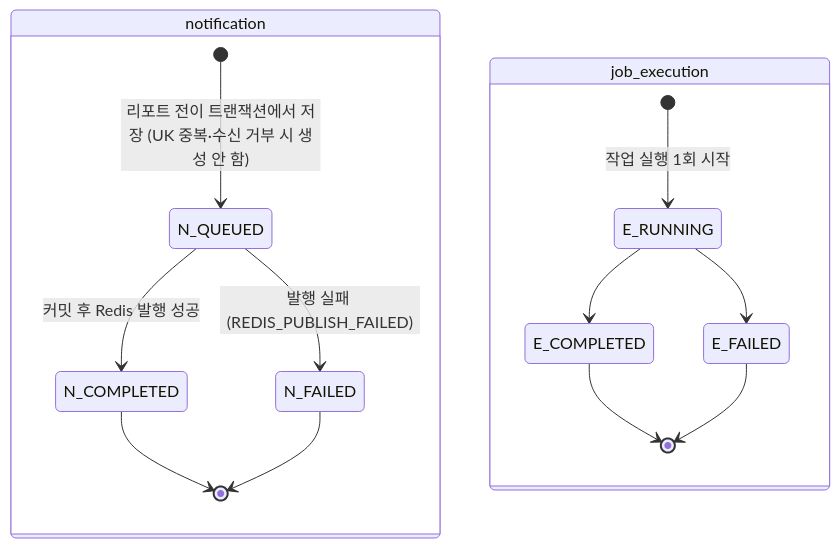
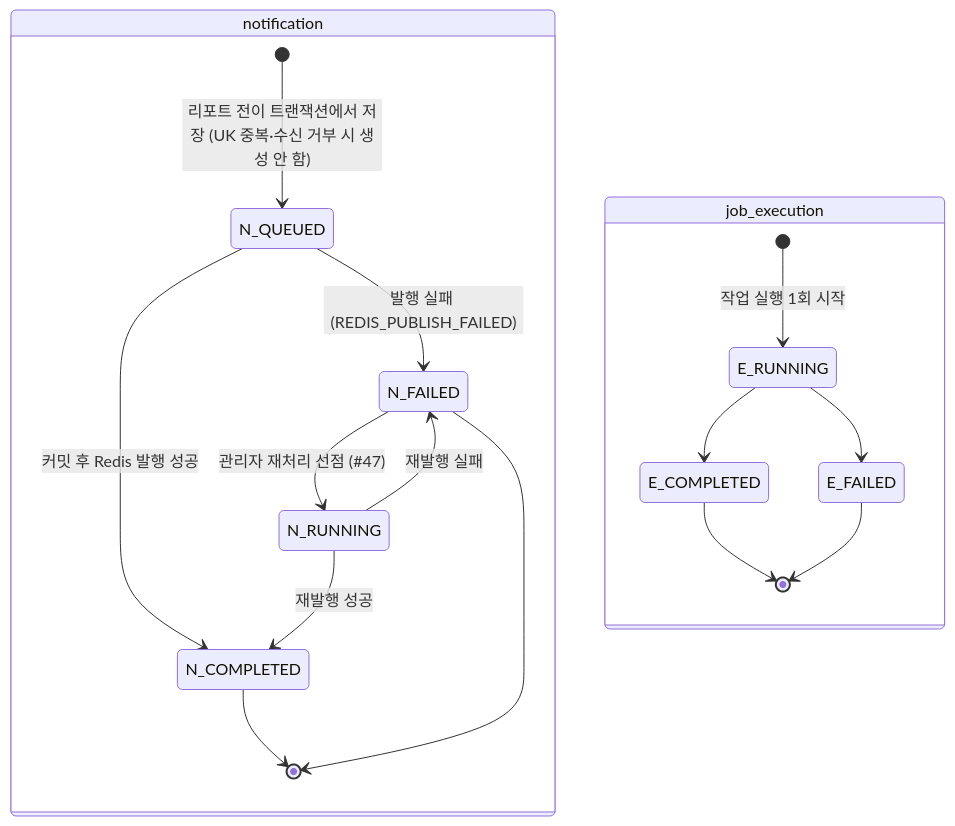
The tenth of 17 diagrams in docs/design/state-diagram.md (SKNETWORKS-FAMILY-AICAMP/SKN34-FINAL-3TEAM), drawn with Mermaid before and after one commit. The commit also changed other lines of this file and 25 other files, not shown here.

````diff
--- a/docs/design/state-diagram.md
+++ b/docs/design/state-diagram.md
@@ -295,17 +305,20 @@
 ```mermaid
 stateDiagram-v2
   state notification {
     [*] --> N_QUEUED: 리포트 전이 트랜잭션에서 저장 (UK 중복·수신 거부 시 생성 안 함)
     N_QUEUED --> N_COMPLETED: 커밋 후 Redis 발행 성공
     N_QUEUED --> N_FAILED: 발행 실패 (REDIS_PUBLISH_FAILED)
+    N_FAILED --> N_RUNNING: 관리자 재처리 선점 (#47)
+    N_RUNNING --> N_COMPLETED: 재발행 성공
+    N_RUNNING --> N_FAILED: 재발행 실패
     N_COMPLETED --> [*]
     N_FAILED --> [*]
   }
   state job_execution {
     [*] --> E_RUNNING: 작업 실행 1회 시작
     E_RUNNING --> E_COMPLETED
     E_RUNNING --> E_FAILED
     E_COMPLETED --> [*]
     E_FAILED --> [*]
   }
 ```
````
